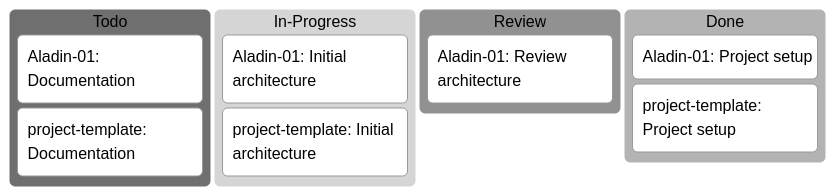
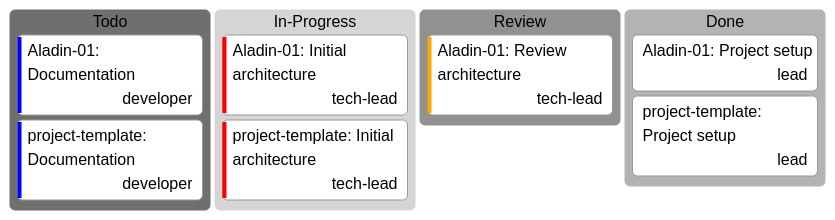
One commit to Katty-Fashion/kf-cpto changed the diagram in docs/unified-kanban.md. Above: the diagram before and after it, drawn with Mermaid (neutral theme). The commit also changed other lines of this file and 5 other files, not shown here.

````diff
--- a/docs/unified-kanban.md
+++ b/docs/unified-kanban.md
@@ -10,14 +10,14 @@
 ```mermaid
 kanban
   Todo
-    task4[Aladin-01: Documentation]
-    task7[project-template: Documentation]
+    task4[Aladin-01: Documentation]@{ priority: 'Low', assigned: 'developer' }
+    task7[project-template: Documentation]@{ priority: 'Low', assigned: 'developer' }
   In-Progress
-    task2[Aladin-01: Initial architecture]
-    task6[project-template: Initial architecture]
+    task2[Aladin-01: Initial architecture]@{ priority: 'Very High', assigned: 'tech-lead' }
+    task6[project-template: Initial architecture]@{ priority: 'Very High', assigned: 'tech-lead' }
   Review
-    task3[Aladin-01: Review architecture]
+    task3[Aladin-01: Review architecture]@{ priority: 'High', assigned: 'tech-lead' }
   Done
-    task1[Aladin-01: Project setup]
-    task5[project-template: Project setup]
+    task1[Aladin-01: Project setup]@{ assigned: 'lead' }
+    task5[project-template: Project setup]@{ assigned: 'lead' }
 ```
````
